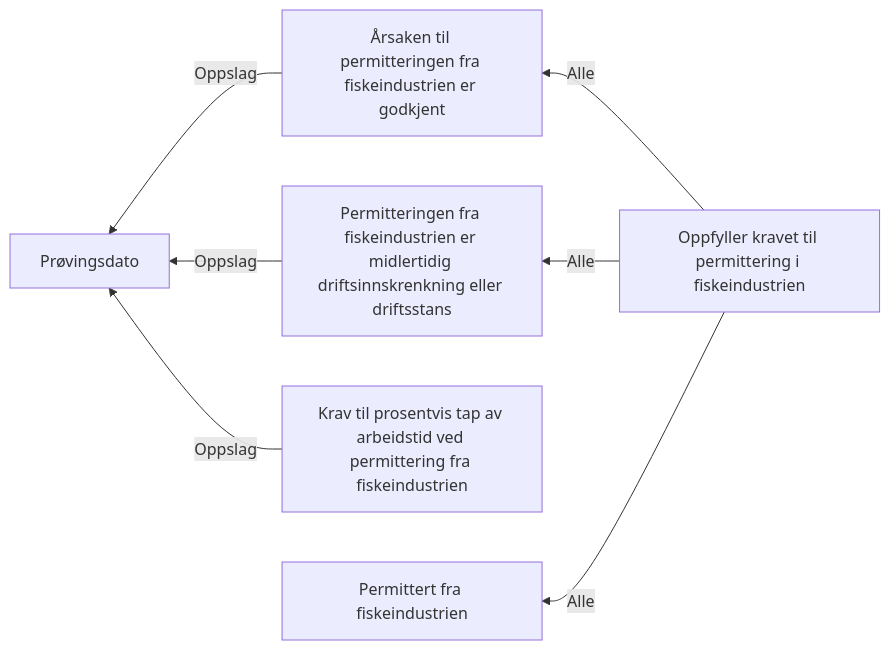
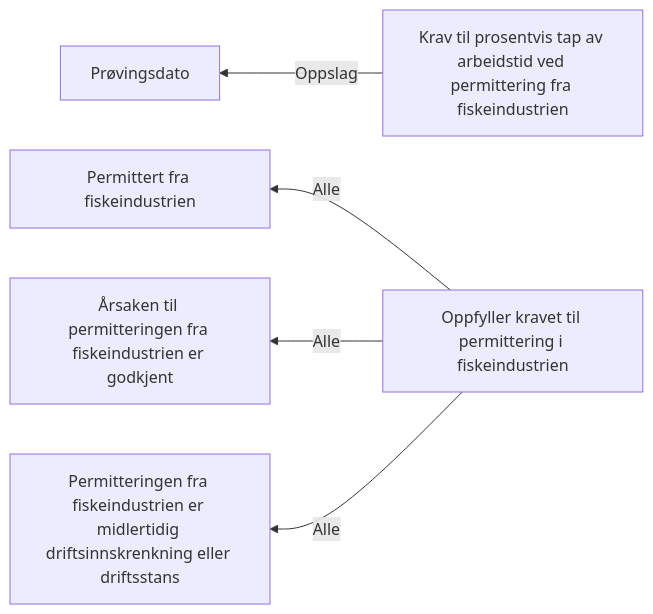
The diagram in docs/regler/§ 4-7 Permittering Fiskeindustrien.approved.md (navikt/dp-behandling), drawn with Mermaid before and after one commit. The commit also changed 26 other files, not shown here.

````diff
--- a/docs/regler/§ 4-7 Permittering Fiskeindustrien.approved.md
+++ b/docs/regler/§ 4-7 Permittering Fiskeindustrien.approved.md
@@ -5,9 +5,7 @@
 ```mermaid
 graph RL
-  A["Årsaken til permitteringen fra fiskeindustrien er godkjent"] -->|"Oppslag"| B["Prøvingsdato"]
-  C["Permitteringen fra fiskeindustrien er midlertidig driftsinnskrenkning eller driftsstans"] -->|"Oppslag"| B["Prøvingsdato"]
-  D["Krav til prosentvis tap av arbeidstid ved permittering fra fiskeindustrien"] -->|"Oppslag"| B["Prøvingsdato"]
-  E["Oppfyller kravet til permittering i fiskeindustrien"] -->|"Alle"| F["Permittert fra fiskeindustrien"]
-  E["Oppfyller kravet til permittering i fiskeindustrien"] -->|"Alle"| A["Årsaken til permitteringen fra fiskeindustrien er godkjent"]
-  E["Oppfyller kravet til permittering i fiskeindustrien"] -->|"Alle"| C["Permitteringen fra fiskeindustrien er midlertidig driftsinnskrenkning eller driftsstans"]
+  A["Krav til prosentvis tap av arbeidstid ved permittering fra fiskeindustrien"] -->|"Oppslag"| B["Prøvingsdato"]
+  C["Oppfyller kravet til permittering i fiskeindustrien"] -->|"Alle"| D["Permittert fra fiskeindustrien"]
+  C["Oppfyller kravet til permittering i fiskeindustrien"] -->|"Alle"| E["Årsaken til permitteringen fra fiskeindustrien er godkjent"]
+  C["Oppfyller kravet til permittering i fiskeindustrien"] -->|"Alle"| F["Permitteringen fra fiskeindustrien er midlertidig driftsinnskrenkning eller driftsstans"]
 ```
````
